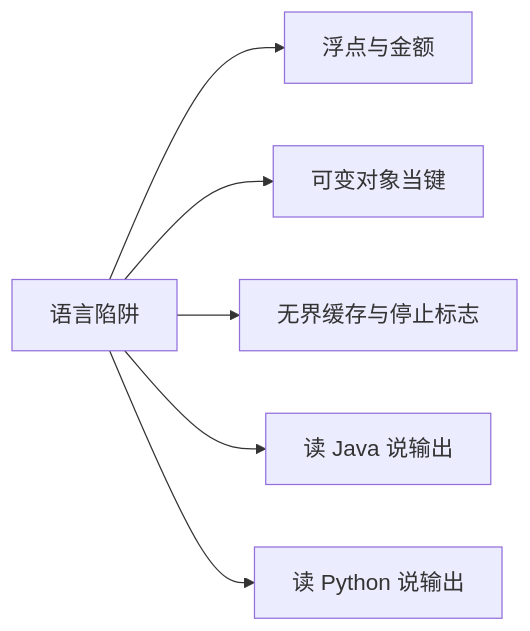
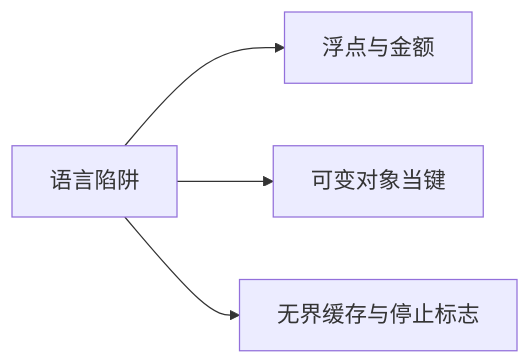
One commit to ChiChasesCheese/trellis changed the diagram in vault/interviews/companies/millennium/deck/cards/traps/mlp-traps-0-map.md. Above: the diagram before and after it, drawn with Mermaid. The commit also changed other lines of this file and 85 other files, not shown here.

First line of the commit message:
Code-output cards: 37 Python (python domain) and 37 Java and cross-language (pl domain)

````diff
--- a/vault/interviews/companies/millennium/deck/cards/traps/mlp-traps-0-map.md
+++ b/vault/interviews/companies/millennium/deck/cards/traps/mlp-traps-0-map.md
@@ -15,9 +15,7 @@
 ```mermaid
 %%{init: {"flowchart": {"wrappingWidth": 320}, "themeVariables": {"fontSize": "18px"}}}%%
 flowchart LR
   T["语言陷阱"] --> F["浮点与金额"]
   T --> H["可变对象当键"]
   T --> C["无界缓存与停止标志"]
-  T --> J["读 Java 说输出"]
-  T --> P["读 Python 说输出"]
 ```
````
